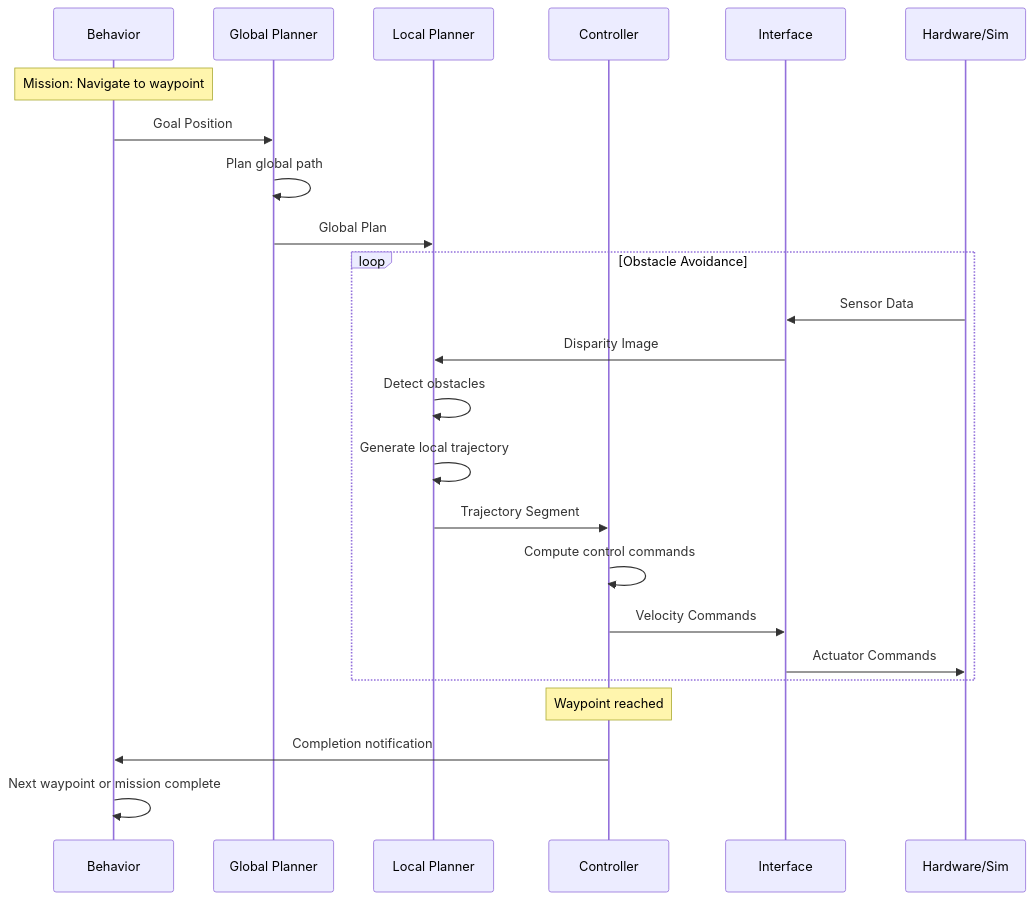
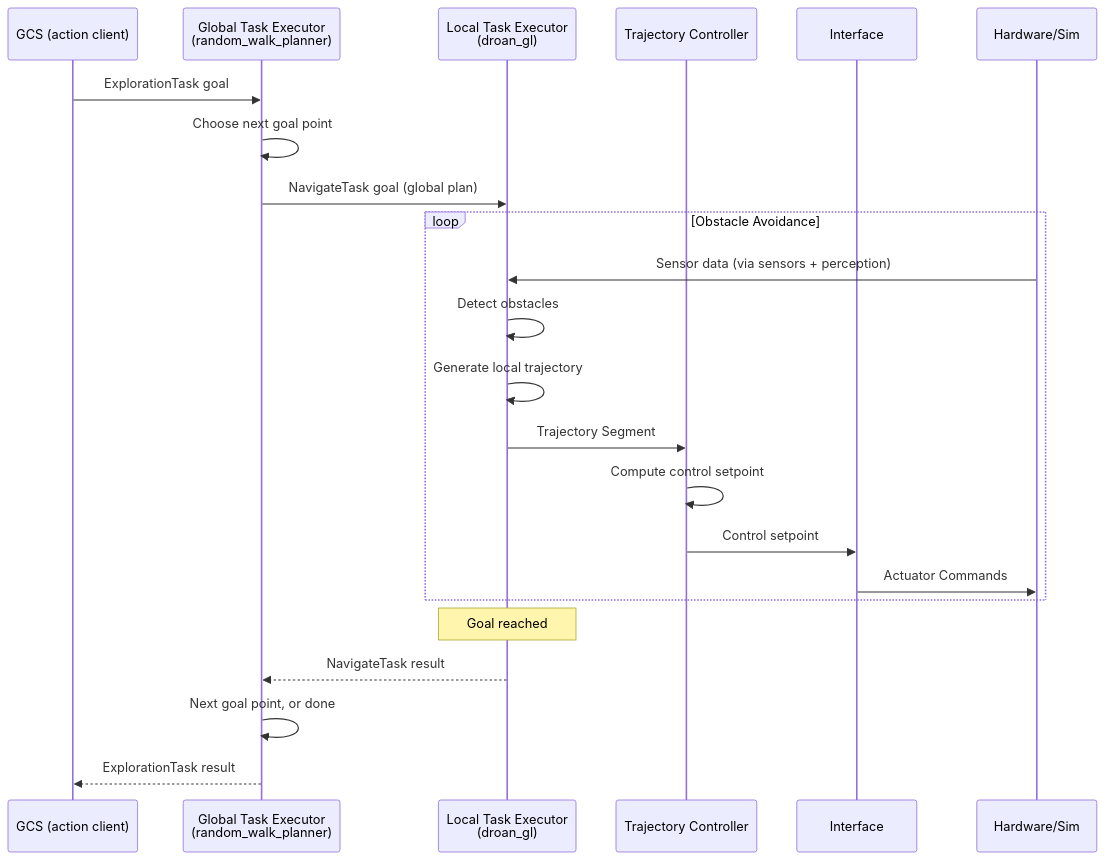
The fifth of 7 diagrams in docs/robot/autonomy/system_architecture.md (castacks/AirStack), drawn with Mermaid before and after one commit. The commit also changed other lines of this file and 7 other files, not shown here.

````diff
--- a/docs/robot/autonomy/system_architecture.md
+++ b/docs/robot/autonomy/system_architecture.md
@@ -423,29 +231,28 @@
 ```mermaid
 sequenceDiagram
-    participant BEH as Behavior
-    participant GLO as Global Planner
-    participant LOC as Local Planner
-    participant CTL as Controller
+    participant GCS as GCS (action client)
+    participant GLO as Global Task Executor<br/>(random_walk_planner)
+    participant LOC as Local Task Executor<br/>(droan_gl)
+    participant CTL as Trajectory Controller
     participant IF as Interface
     participant HW as Hardware/Sim
     
-    Note over BEH: Mission: Navigate to waypoint
-    BEH->>GLO: Goal Position
-    GLO->>GLO: Plan global path
-    GLO->>LOC: Global Plan
+    GCS->>GLO: ExplorationTask goal
+    GLO->>GLO: Choose next goal point
+    GLO->>LOC: NavigateTask goal (global plan)
     
     loop Obstacle Avoidance
-        HW->>IF: Sensor Data
-        IF->>LOC: Disparity Image
+        HW->>LOC: Sensor data (via sensors + perception)
         LOC->>LOC: Detect obstacles
         LOC->>LOC: Generate local trajectory
         LOC->>CTL: Trajectory Segment
-        CTL->>CTL: Compute control commands
-        CTL->>IF: Velocity Commands
+        CTL->>CTL: Compute control setpoint
+        CTL->>IF: Control setpoint
         IF->>HW: Actuator Commands
     end
     
-    Note over CTL: Waypoint reached
-    CTL->>BEH: Completion notification
-    BEH->>BEH: Next waypoint or mission complete
+    Note over LOC: Goal reached
+    LOC-->>GLO: NavigateTask result
+    GLO->>GLO: Next goal point, or done
+    GLO-->>GCS: ExplorationTask result
 ```
````
